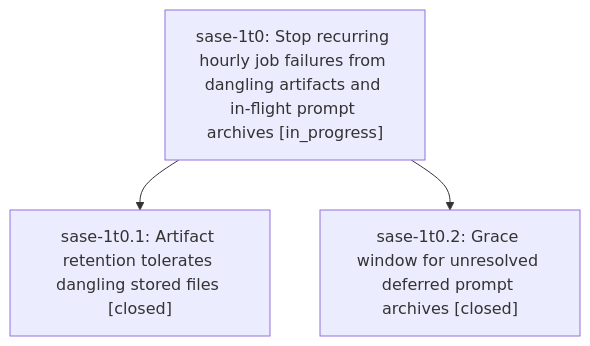
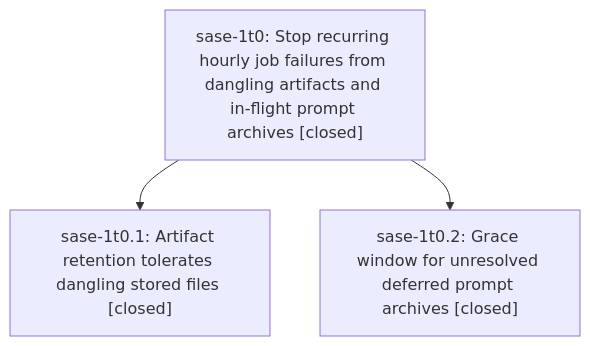
Before and after one commit to sase-org/sase--beads: the diagram in pages/sase-1t0/README.md, drawn with Mermaid. The commit also changed other lines of this file and 1 other file, not shown here.

First line of the commit message:
chore(beads): sync bead state and pages for sase-1t0

````diff
--- a/pages/sase-1t0/README.md
+++ b/pages/sase-1t0/README.md
@@ -35,8 +55,8 @@
 ```mermaid
 flowchart TD
-    n0["sase-1t0: Stop recurring hourly job failures from dangling artifacts and in-flight prompt archives [in_progress]"]
+    n0["sase-1t0: Stop recurring hourly job failures from dangling artifacts and in-flight prompt archives [closed]"]
     n1["sase-1t0.1: Artifact retention tolerates dangling stored files [closed]"]
     n2["sase-1t0.2: Grace window for unresolved deferred prompt archives [closed]"]
     n0 --> n1
     n0 --> n2
 ```
````
